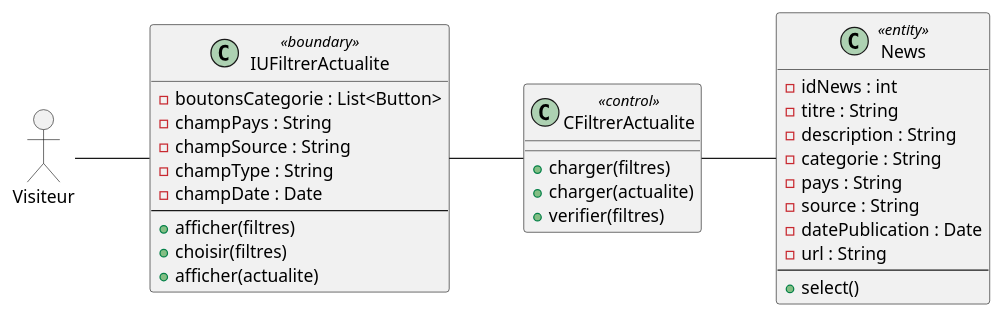
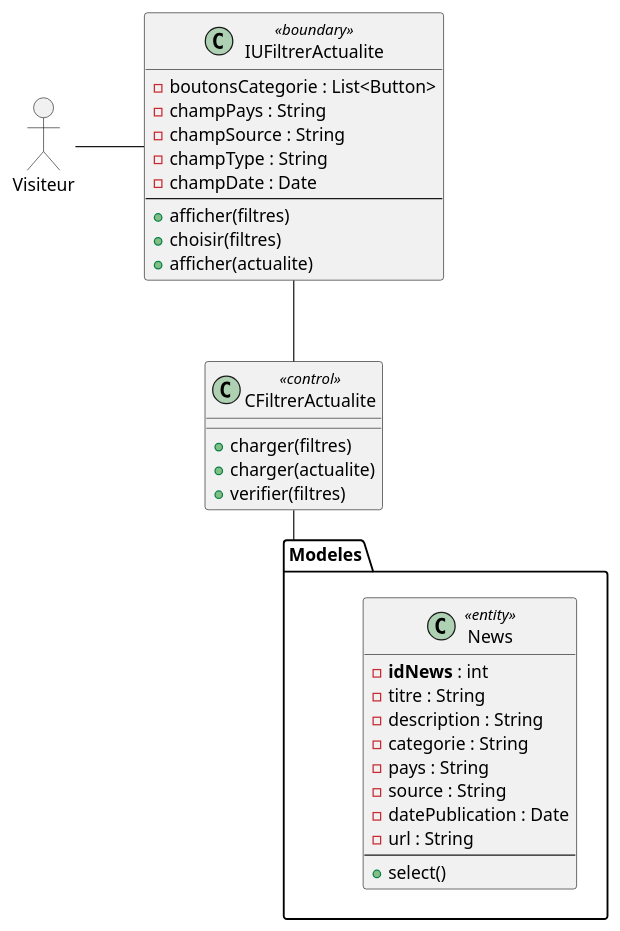
The diagram in Desktop/rapport/classe/filteractualite.puml (benslimenmohamedaziz3-bot/diagrammes), drawn with PlantUML before and after one commit. The commit also changed 19 other files, not shown here.

```diff
--- a/Desktop/rapport/classe/filteractualite.puml
+++ b/Desktop/rapport/classe/filteractualite.puml
@@ -1,42 +1,47 @@
 @startuml
 allowmixing
-left to right direction
+top to bottom direction
+skinparam shadowing false
+skinparam linetype ortho
+skinparam nodesep 55
+skinparam ranksep 65
 
 actor "Visiteur" as Visiteur
 
 class IUFiltrerActualite <<boundary>> {
   - boutonsCategorie : List<Button>
   - champPays : String
   - champSource : String
   - champType : String
   - champDate : Date
   --
   + afficher(filtres)
   + choisir(filtres)
   + afficher(actualite)
 }
 
 class CFiltrerActualite <<control>> {
   + charger(filtres)
   + charger(actualite)
   + verifier(filtres)
 }
-
+package "Modeles" {
 class News <<entity>> {
-  - idNews : int
+  - <b>idNews</b> : int
   - titre : String
   - description : String
   - categorie : String
   - pays : String
   - source : String
   - datePublication : Date
   - url : String
   --
   + select()
 }
+}
 
-Visiteur -- IUFiltrerActualite
-IUFiltrerActualite -- CFiltrerActualite
-CFiltrerActualite -- News
+Visiteur -right- IUFiltrerActualite
+IUFiltrerActualite -down- CFiltrerActualite
+CFiltrerActualite -down- Modeles
 
 @enduml
```
